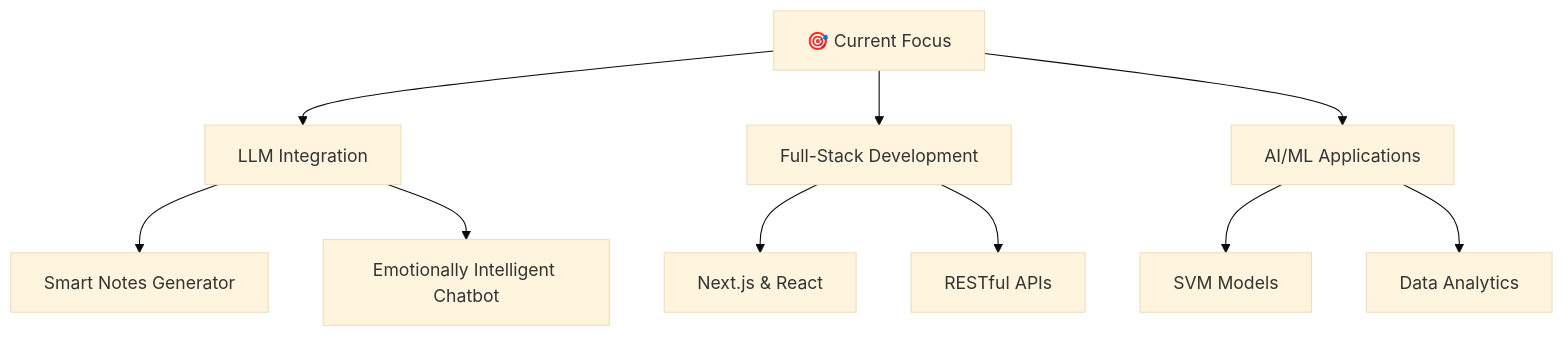
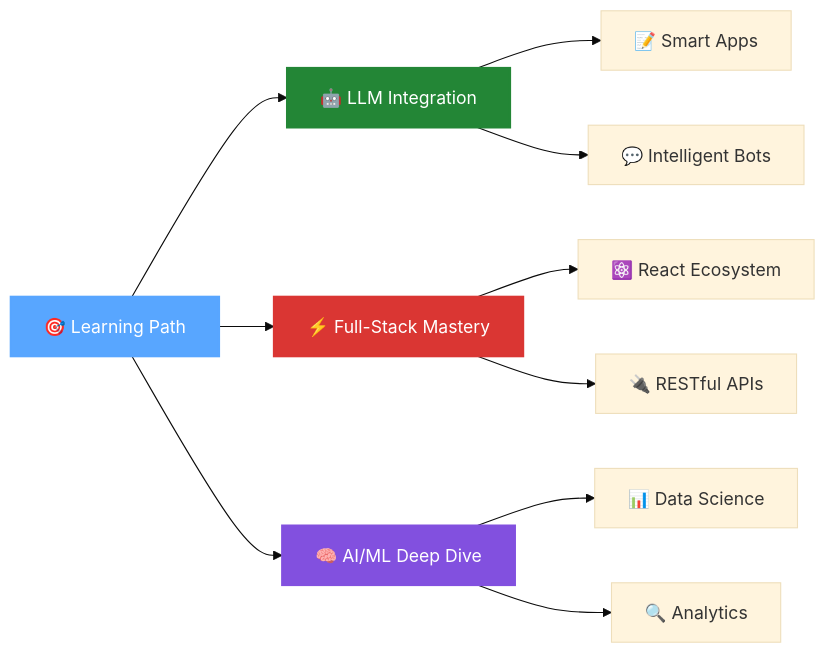
One commit to gauthamkn/gauthamkn changed the diagram in README.md. Above: the diagram before and after it, drawn with Mermaid (base theme). The commit also changed other lines of this file, not shown here.

````diff
--- a/README.md
+++ b/README.md
@@ -38,29 +68,20 @@
 ```mermaid
-
-graph TD
-
-    A[🎯 Current Focus] --> B[LLM Integration]
-
-    A --> C[Full-Stack Development]
-
-    A --> D[AI/ML Applications]
-
+graph LR
+    A[🎯 Learning Path] --> B[🤖 LLM Integration]
+    A --> C[⚡ Full-Stack Mastery]
+    A --> D[🧠 AI/ML Deep Dive]
     
-
-    B --> E[Smart Notes Generator]
-
-    B --> F[Emotionally Intelligent Chatbot]
-
+    B --> E[📝 Smart Apps]
+    B --> F[💬 Intelligent Bots]
     
-
-    C --> G[Next.js & React]
-
-    C --> H[RESTful APIs]
-
+    C --> G[⚛️ React Ecosystem]
+    C --> H[🔌 RESTful APIs]
     
-
-    D --> I[SVM Models]
-
-    D --> J[Data Analytics]
-
+    D --> I[📊 Data Science]
+    D --> J[🔍 Analytics]
+    
+    style A fill:#58a6ff,stroke:#58a6ff,stroke-width:2px,color:#ffffff
+    style B fill:#238636,stroke:#238636,stroke-width:2px,color:#ffffff
+    style C fill:#da3633,stroke:#da3633,stroke-width:2px,color:#ffffff
+    style D fill:#8250df,stroke:#8250df,stroke-width:2px,color:#ffffff
 ```
````
